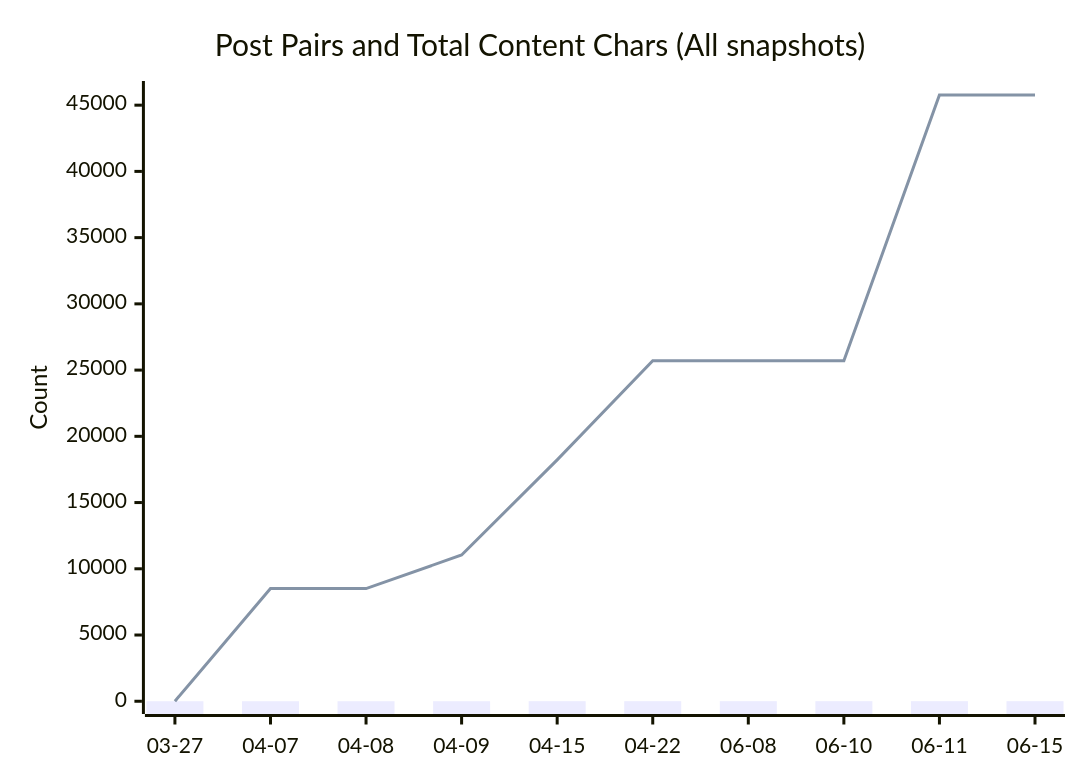
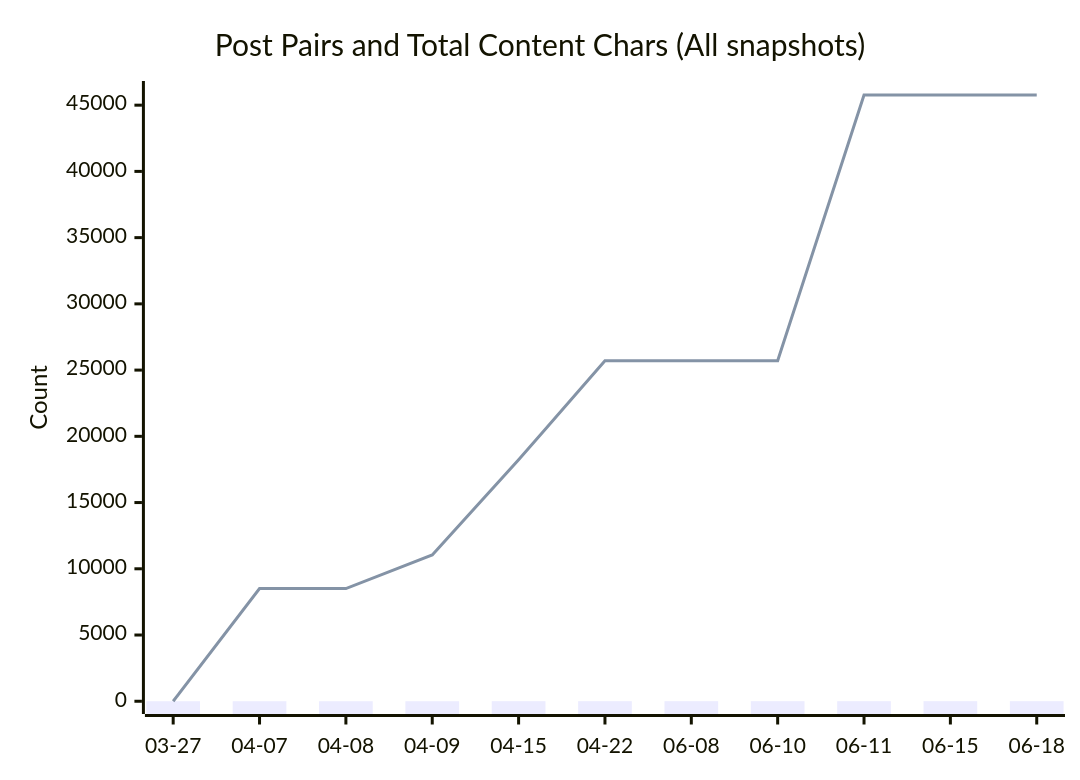
One commit to ttw225/blog changed the diagram in README.md. Above: the diagram before and after it, drawn with Mermaid. The commit also changed other lines of this file and 2 other files, not shown here.

Commit message:
auto: refresh blog stats

````diff
--- a/README.md
+++ b/README.md
@@ -25,8 +25,8 @@
 ```mermaid
 xychart-beta
   title "Post Pairs and Total Content Chars (All snapshots)"
-  x-axis ["03-27", "04-07", "04-08", "04-09", "04-15", "04-22", "06-08", "06-10", "06-11", "06-15"]
+  x-axis ["03-27", "04-07", "04-08", "04-09", "04-15", "04-22", "06-08", "06-10", "06-11", "06-15", "06-18"]
   y-axis "Count" 0 --> 45862
-  bar [0, 2, 2, 3, 4, 5, 5, 5, 7, 7]
-  line [0, 8506, 8506, 11042, 18224, 25700, 25700, 25700, 45762, 45762]
+  bar [0, 2, 2, 3, 4, 5, 5, 5, 7, 7, 7]
+  line [0, 8506, 8506, 11042, 18224, 25700, 25700, 25700, 45762, 45762, 45762]
 ```
````
